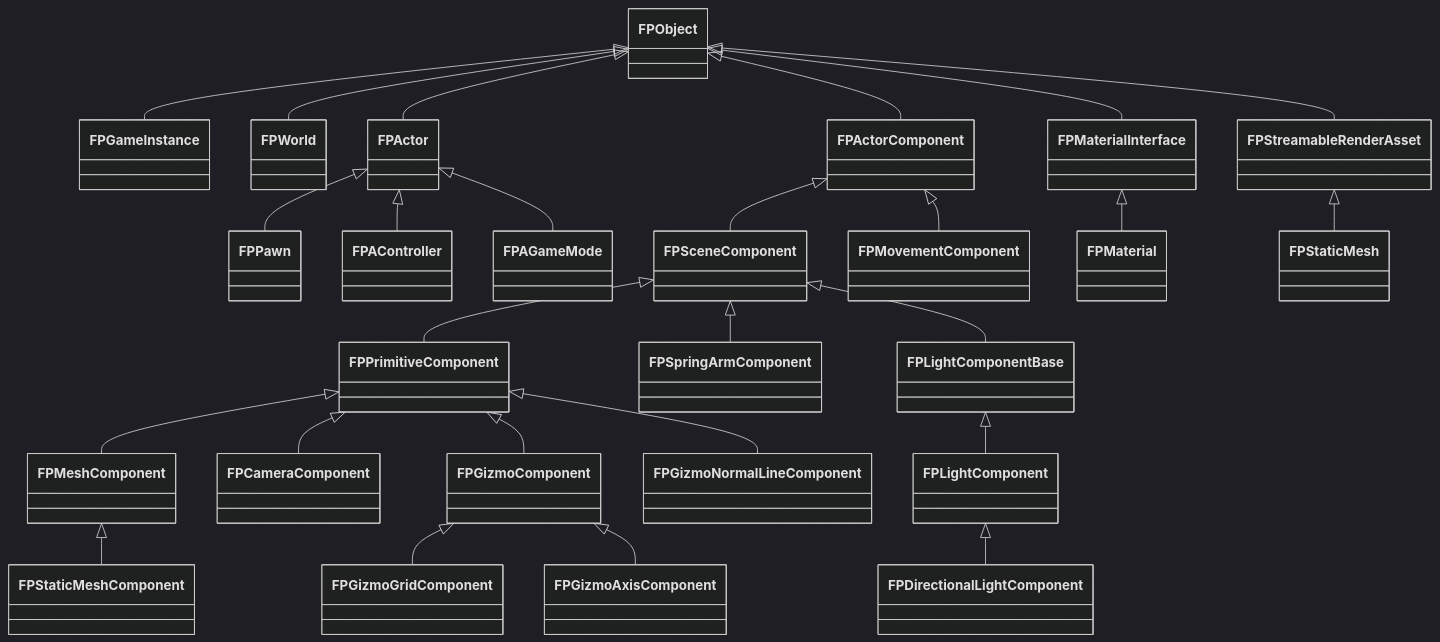
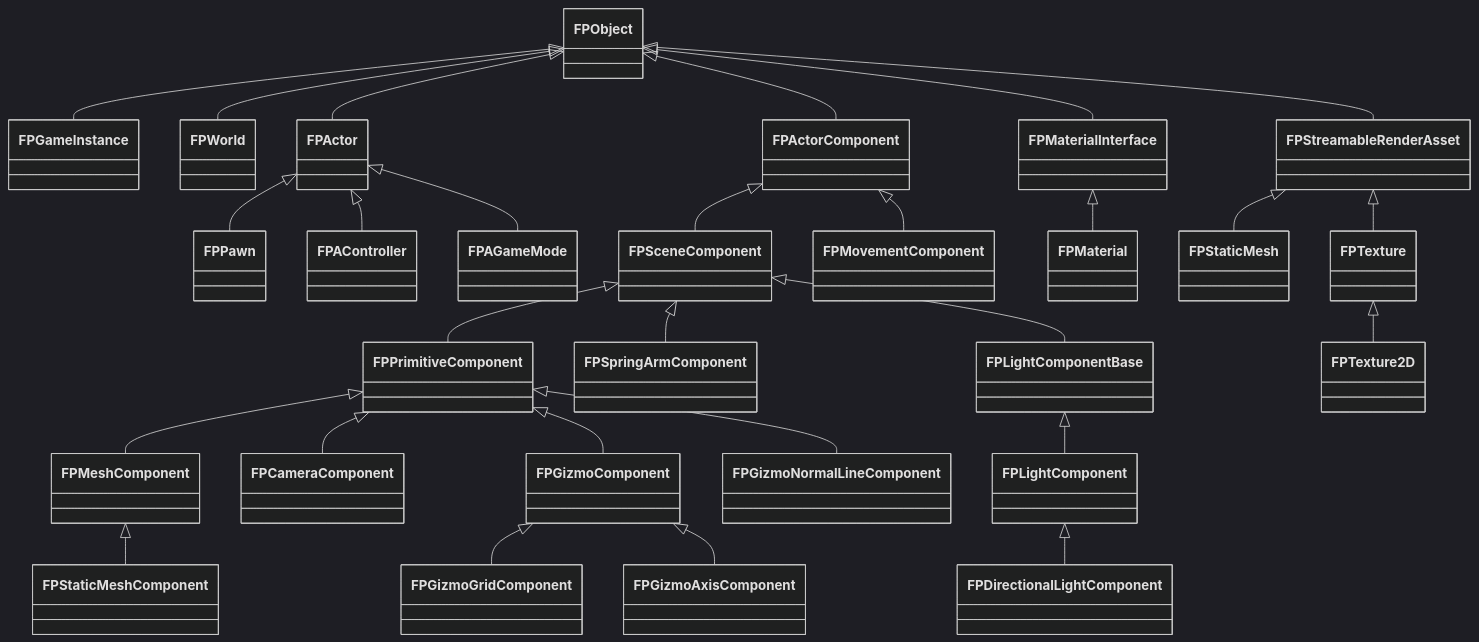
One commit to Gat-Young/ForestPearlEngine changed the second of 13 diagrams in README.md. Above: the diagram before and after it, drawn with Mermaid (dark theme). The commit also changed other lines of this file and 1 other file, not shown here.

````diff
--- a/README.md
+++ b/README.md
@@ -250,28 +260,30 @@
 ```mermaid
 classDiagram
     FPObject <|-- FPGameInstance
     FPObject <|-- FPWorld
     FPObject <|-- FPActor
     FPObject <|-- FPActorComponent
     FPObject <|-- FPMaterialInterface
     FPObject <|-- FPStreamableRenderAsset
     FPActor <|-- FPPawn
     FPActor <|-- FPAController
     FPActor <|-- FPAGameMode
     FPActorComponent <|-- FPSceneComponent
     FPActorComponent <|-- FPMovementComponent
     FPSceneComponent <|-- FPPrimitiveComponent
     FPSceneComponent <|-- FPSpringArmComponent
     FPPrimitiveComponent <|-- FPMeshComponent
     FPPrimitiveComponent <|-- FPCameraComponent
     FPPrimitiveComponent <|-- FPGizmoComponent
     FPPrimitiveComponent <|-- FPGizmoNormalLineComponent
     FPSceneComponent <|-- FPLightComponentBase
     FPLightComponentBase <|-- FPLightComponent
     FPLightComponent <|-- FPDirectionalLightComponent
     FPMeshComponent <|-- FPStaticMeshComponent
     FPGizmoComponent <|-- FPGizmoGridComponent
     FPGizmoComponent <|-- FPGizmoAxisComponent
     FPMaterialInterface <|-- FPMaterial
     FPStreamableRenderAsset <|-- FPStaticMesh
+    FPStreamableRenderAsset <|-- FPTexture
+    FPTexture <|-- FPTexture2D
 ```
````
